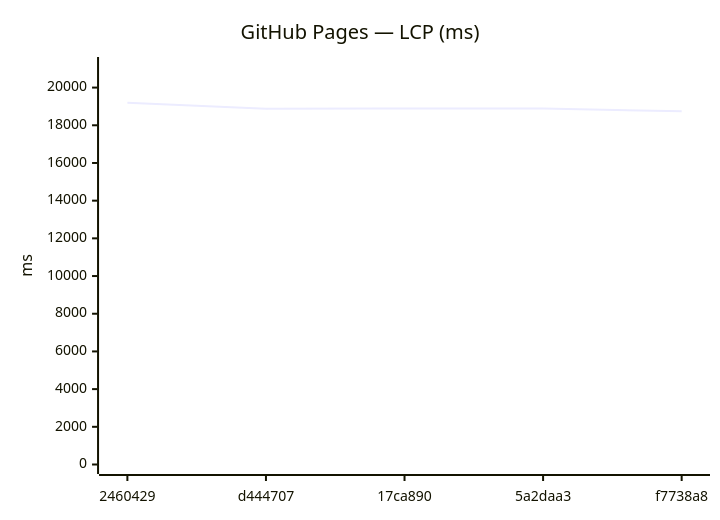
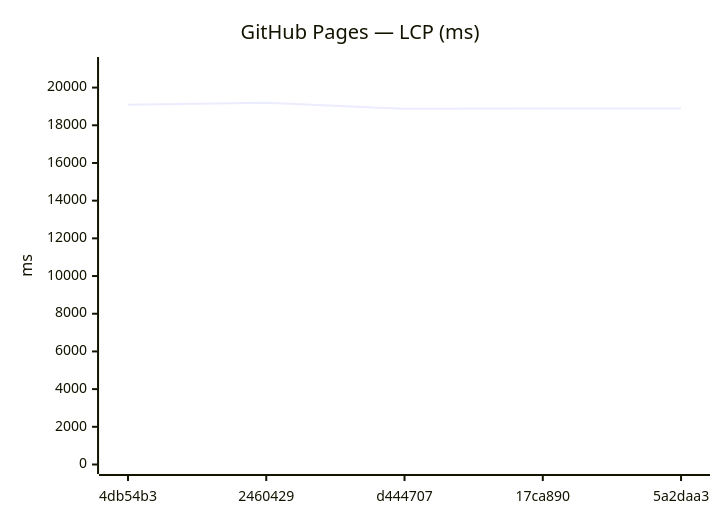
Before and after one commit to Metaheurist/Rianell: the ninth of 18 diagrams in benchmarks/compare.md, drawn with Mermaid. The commit also changed other lines of this file and 11 other files, not shown here.

````diff
--- a/benchmarks/compare.md
+++ b/benchmarks/compare.md
@@ -142,7 +142,7 @@
 ```mermaid
 xychart-beta
     title "GitHub Pages — LCP (ms)"
-    x-axis ["2460429", "d444707", "17ca890", "5a2daa3", "f7738a8"]
+    x-axis ["4db54b3", "2460429", "d444707", "17ca890", "5a2daa3"]
     y-axis "ms" 0 --> 21119
-    line [19199, 18871, 18888, 18892, 18741]
+    line [19086, 19199, 18871, 18888, 18892]
 ```
````
